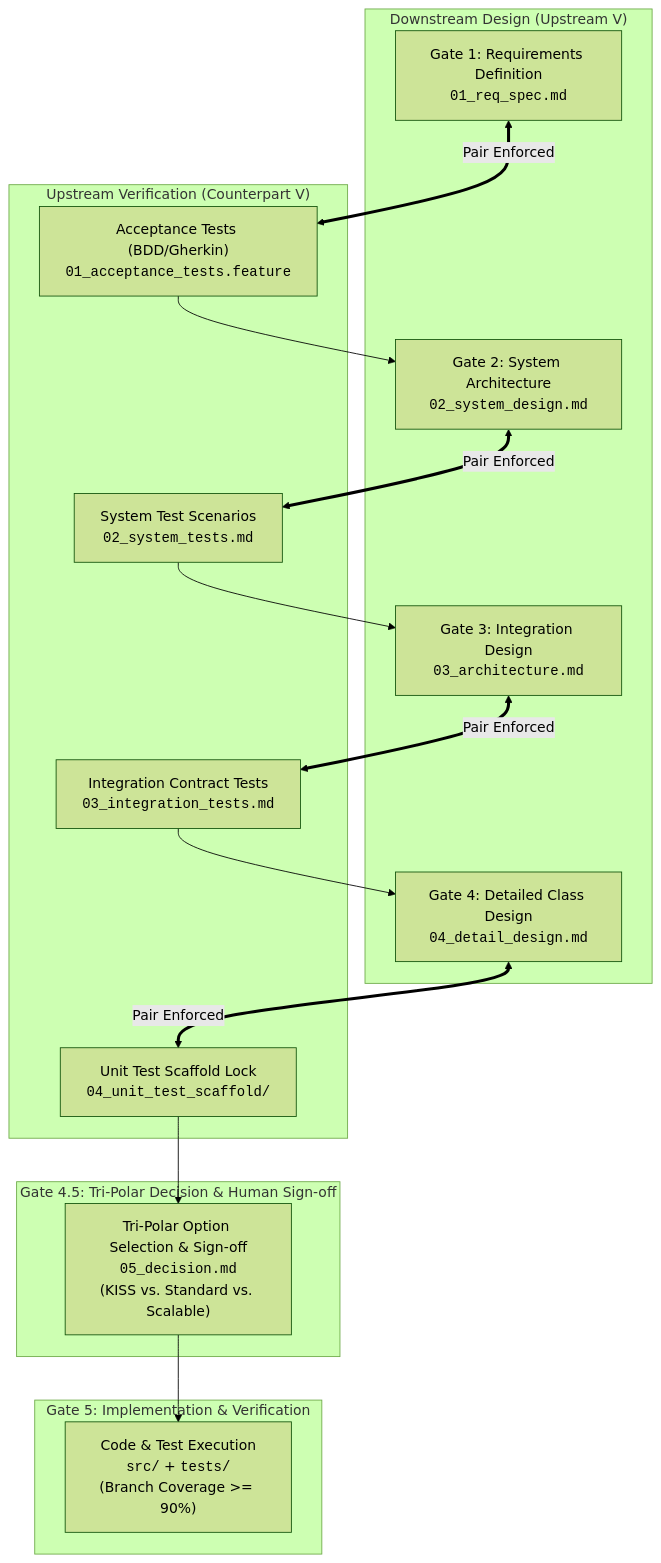
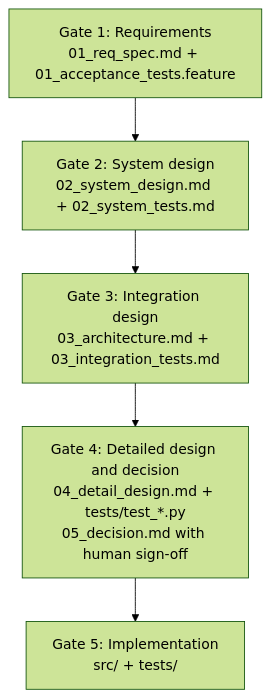
Before and after one commit to tsuyama1990/cheeze_gyudon: the diagram in README.md, drawn with Mermaid (forest theme). The commit also changed other lines of this file and 11 other files, not shown here.

````diff
--- a/README.md
+++ b/README.md
@@ -34,34 +32,7 @@
 ```mermaid
 flowchart TD
-    subgraph Downstream_Design["Downstream Design (Upstream V)"]
-        G1_D["Gate 1: Requirements Definition<br/><code>01_req_spec.md</code>"]
-        G2_D["Gate 2: System Architecture<br/><code>02_system_design.md</code>"]
-        G3_D["Gate 3: Integration Design<br/><code>03_architecture.md</code>"]
-        G4_D["Gate 4: Detailed Class Design<br/><code>04_detail_design.md</code>"]
-    end
-
-    subgraph Decision["Gate 4.5: Tri-Polar Decision & Human Sign-off"]
-        DEC["Tri-Polar Option Selection & Sign-off<br/><code>05_decision.md</code><br/>(KISS vs. Standard vs. Scalable)"]
-    end
-
-    subgraph Upstream_Verification["Upstream Verification (Counterpart V)"]
-        G1_T["Acceptance Tests (BDD/Gherkin)<br/><code>01_acceptance_tests.feature</code>"]
-        G2_T["System Test Scenarios<br/><code>02_system_tests.md</code>"]
-        G3_T["Integration Contract Tests<br/><code>03_integration_tests.md</code>"]
-        G4_T["Unit Test Scaffold Lock<br/><code>04_unit_test_scaffold/</code>"]
-    end
-
-    subgraph Implementation["Gate 5: Implementation & Verification"]
-        G5_CODE["Code & Test Execution<br/><code>src/</code> + <code>tests/</code><br/>(Branch Coverage >= 90%)"]
-    end
-
-    G1_D <== Pair Enforced ==> G1_T
-    G1_T --> G2_D
-    G2_D <== Pair Enforced ==> G2_T
-    G2_T --> G3_D
-    G3_D <== Pair Enforced ==> G3_T
-    G3_T --> G4_D
-    G4_D <== Pair Enforced ==> G4_T
-    G4_T --> DEC
-    DEC --> G5_CODE
+    G1["Gate 1: Requirements<br/>01_req_spec.md + 01_acceptance_tests.feature"] --> G2["Gate 2: System design<br/>02_system_design.md + 02_system_tests.md"]
+    G2 --> G3["Gate 3: Integration design<br/>03_architecture.md + 03_integration_tests.md"]
+    G3 --> G4["Gate 4: Detailed design and decision<br/>04_detail_design.md + tests/test_*.py<br/>05_decision.md with human sign-off"]
+    G4 --> G5["Gate 5: Implementation<br/>src/ + tests/"]
 ```
````
